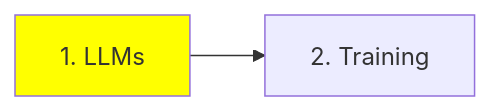
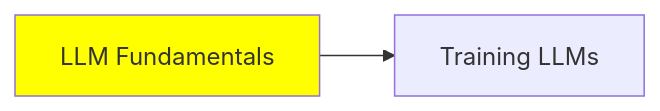
One commit to lokumai/ai-engineering-bazaar changed the second of 2 diagrams in mini-courses/_module_template.md. Above: the diagram before and after it, drawn with Mermaid. The commit also changed other lines of this file and 26 other files, not shown here.

````diff
--- a/mini-courses/_module_template.md
+++ b/mini-courses/_module_template.md
@@ -121,5 +125,5 @@
 ```mermaid
 graph LR
-    A[1. LLMs] --> B[2. Training]
+    A[LLM Fundamentals] --> B[Training LLMs]
     style A fill:#FFFF00
 ```
````
